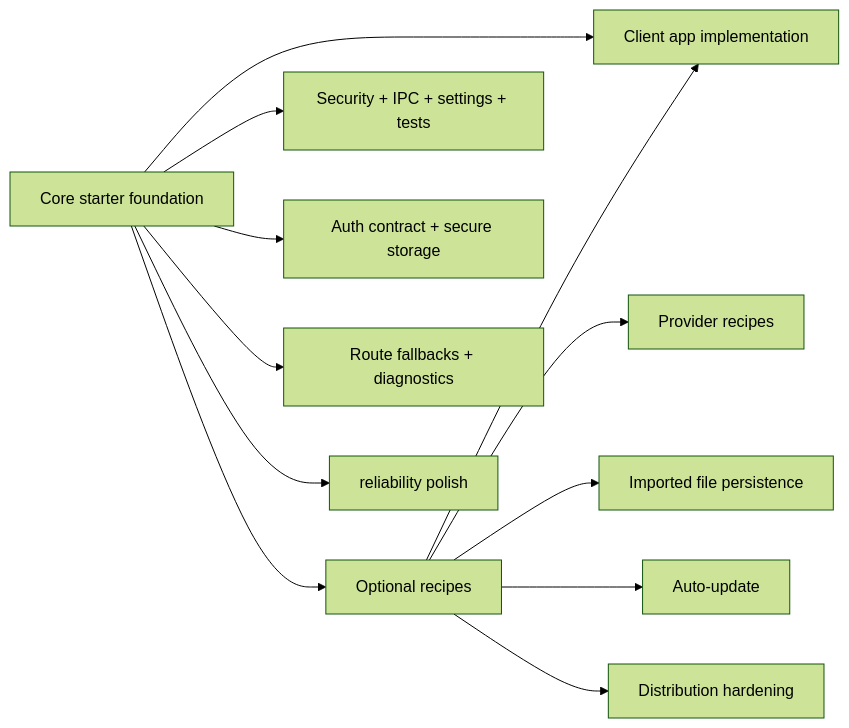
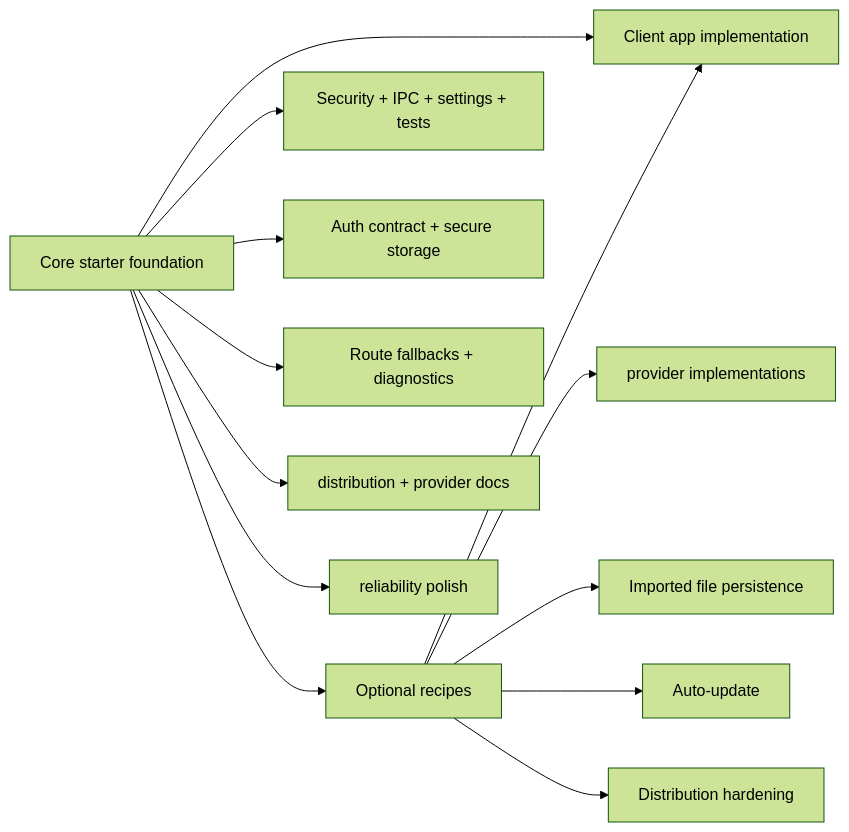
Before and after one commit to AchuAshwath/electron-react-starter-kit: the diagram in docs/roadmap.md, drawn with Mermaid (forest theme). The commit also changed other lines of this file and 9 other files, not shown here.

First line of the commit message:
feat: git push origin docs/distribution-and-provider-recipes (#22)

````diff
--- a/docs/roadmap.md
+++ b/docs/roadmap.md
@@ -7,15 +7,16 @@
 ```mermaid
 flowchart LR
 	Foundation["Core starter foundation"] --> ClientApp["Client app implementation"]
 	Foundation --> Recipes["Optional recipes"]
 	Recipes --> ClientApp
 
 	Foundation --> Security["Security + IPC + settings + tests"]
 	Foundation --> Auth["Auth contract + secure storage"]
 	Foundation --> Reliability["Route fallbacks + diagnostics"]
+	Foundation --> Docs["distribution + provider docs"]
 	Foundation --> FutureCore["reliability polish"]
-	Recipes --> Providers["Provider recipes"]
+	Recipes --> Providers["provider implementations"]
 	Recipes --> Files["Imported file persistence"]
 	Recipes --> Updates["Auto-update"]
 	Recipes --> Distribution["Distribution hardening"]
 ```
````
